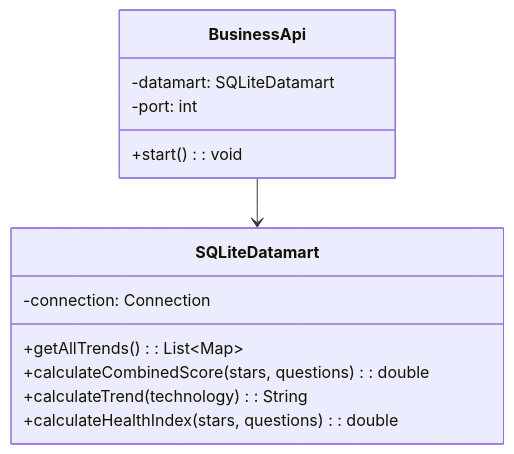
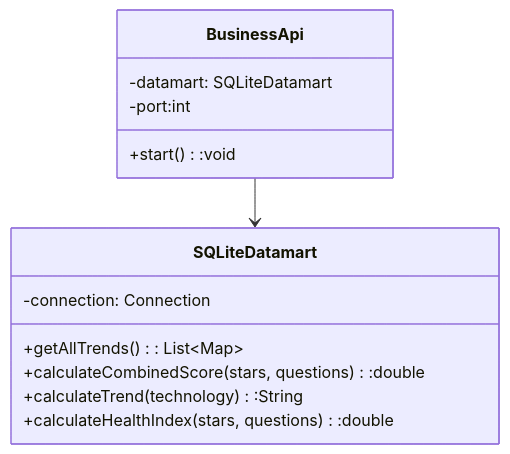
Before and after one commit to TechnoRadar/techno-radar: the fifth of 5 diagrams in README.md, drawn with Mermaid. The commit also changed other lines of this file, not shown here.

Commit message:
Fix formatting in class diagrams in README.md

````diff
--- a/README.md
+++ b/README.md
@@ -306,16 +306,16 @@
 ```mermaid
 classDiagram
     class BusinessApi {
         -datamart: SQLiteDatamart
-        -port: int
-        +start(): void
+        -port:int
+        +start():void
     }
     class SQLiteDatamart {
         -connection: Connection
         +getAllTrends(): List~Map~
-        +calculateCombinedScore(stars, questions): double
-        +calculateTrend(technology): String
-        +calculateHealthIndex(stars, questions): double
+        +calculateCombinedScore(stars, questions):double
+        +calculateTrend(technology):String
+        +calculateHealthIndex(stars, questions):double
     }
     BusinessApi --> SQLiteDatamart
 ```
````
